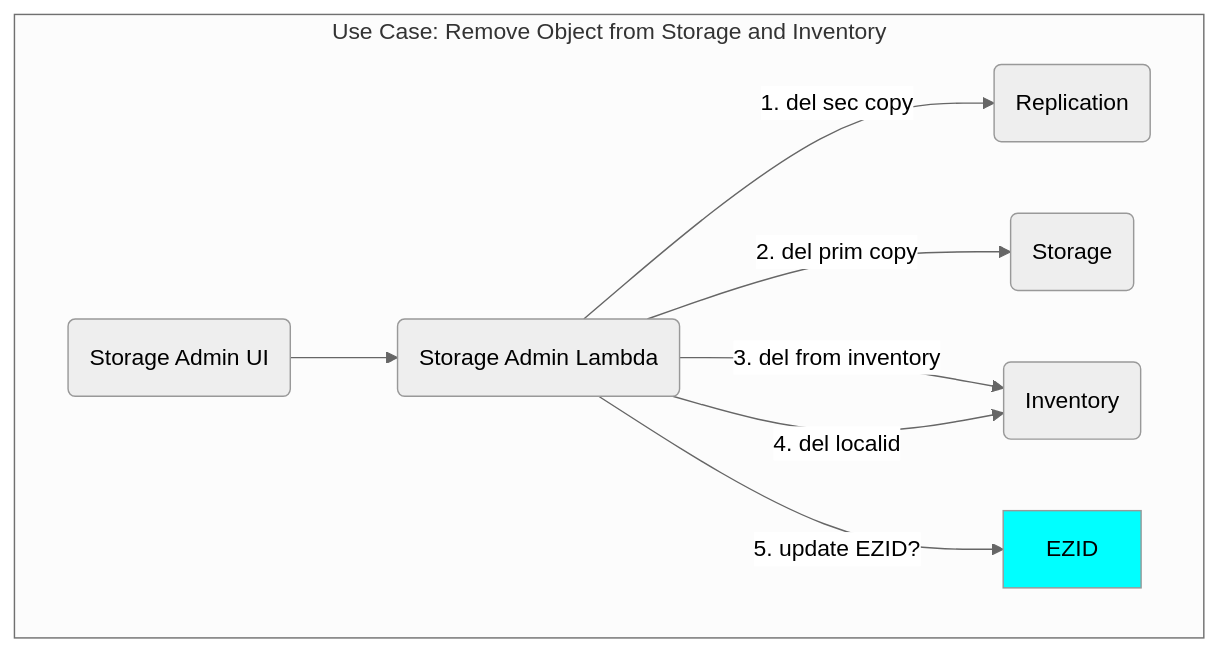
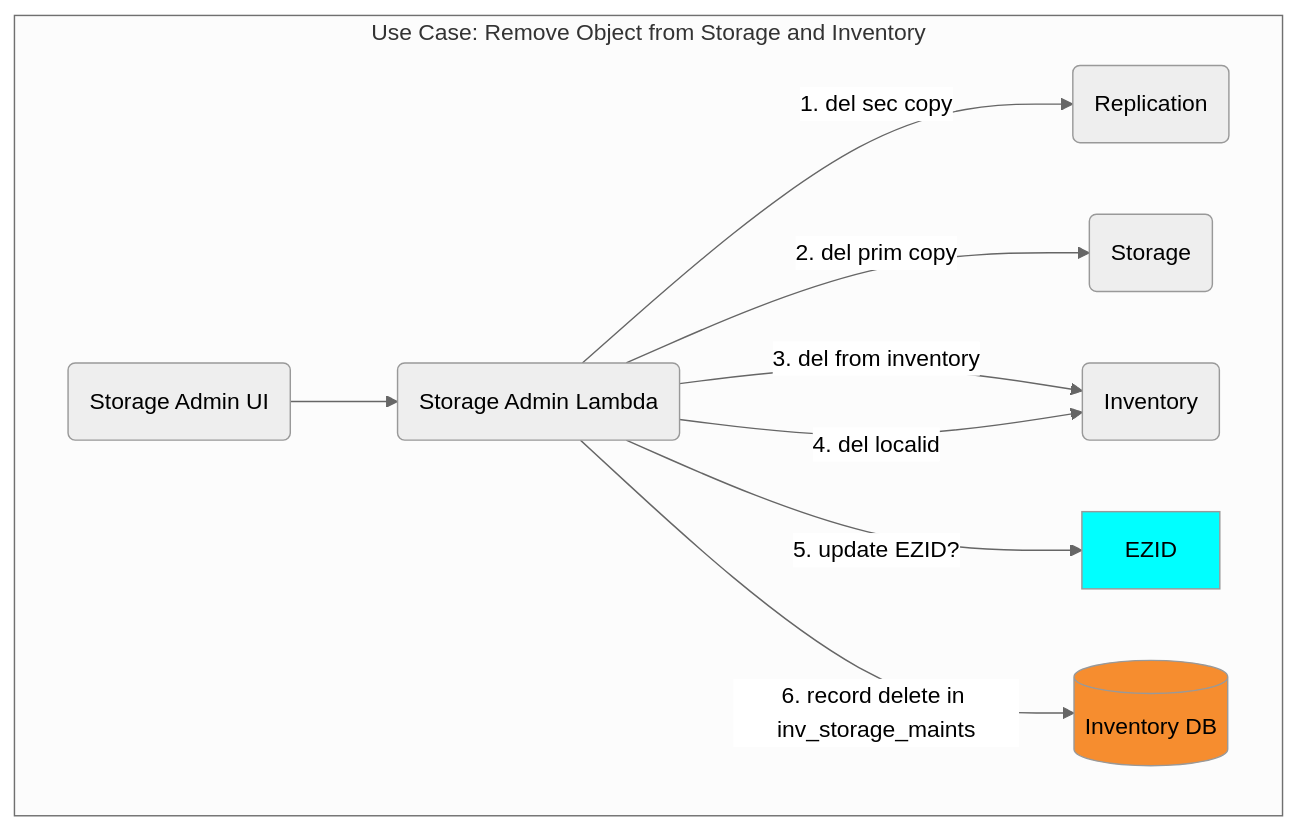
One commit to CDLUC3/mrt-doc changed the diagram in diagrams/store-admin-del-node-obj.mmd. Above: the diagram before and after it, drawn with Mermaid. The commit also changed 16 other files, not shown here.

Commit message:
Update diagrams and table details

```diff
--- a/diagrams/store-admin-del-node-obj.mmd
+++ b/diagrams/store-admin-del-node-obj.mmd
@@ -1,19 +1,23 @@
 %%{init: {'theme': 'neutral', 'securityLevel': 'loose'}}%%
 graph TD
   SAUI("Storage Admin UI")
   SA("Storage Admin Lambda")
   REPLIC(Replication)
   ST(Storage)
   INV(Inventory)
   EZID
+  RDS[(Inventory DB)]
+
 
   subgraph "Use Case: Remove Object from Storage and Inventory"
     SAUI-->SA
     SA-->|"1. del sec copy"|REPLIC
     SA-->|"2. del prim copy"|ST
     SA-->|"3. del from inventory"|INV
     SA-->|"4. del localid"|INV
     SA-->|"5. update EZID?"|EZID
+    SA-->|"6. record delete in inv_storage_maints"|RDS
   end  
 
   style EZID fill:cyan
+  style RDS fill:#F68D2F
```
